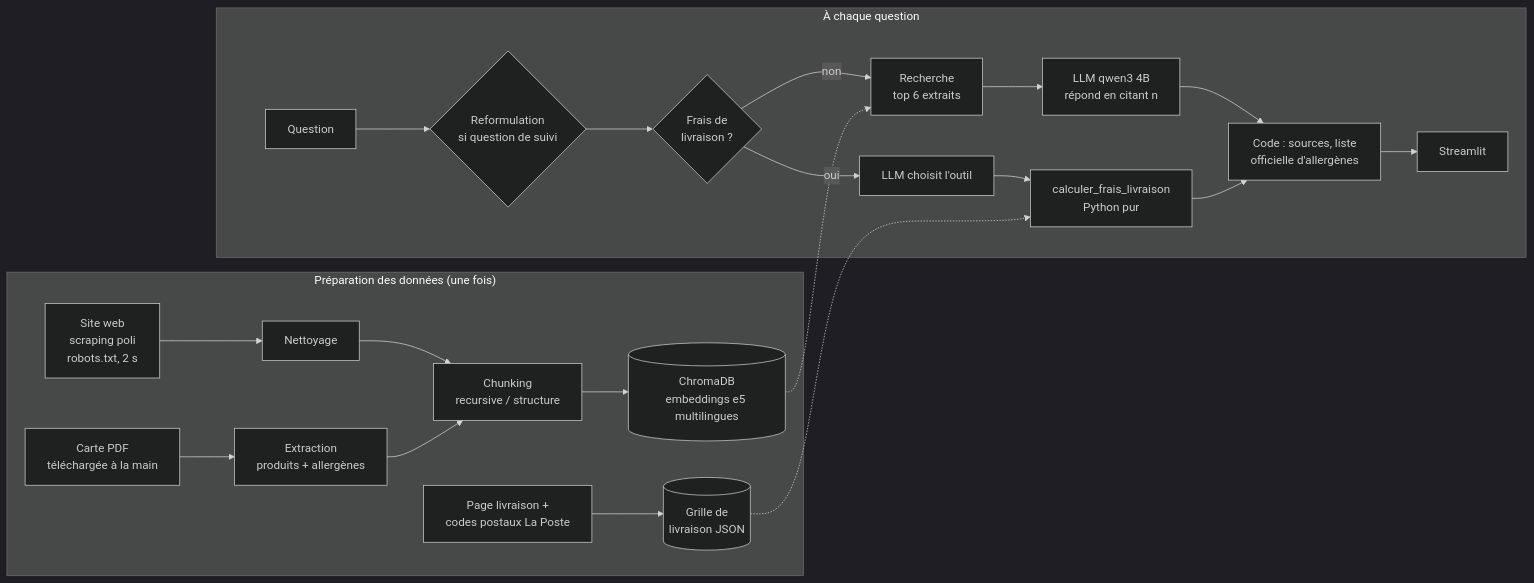
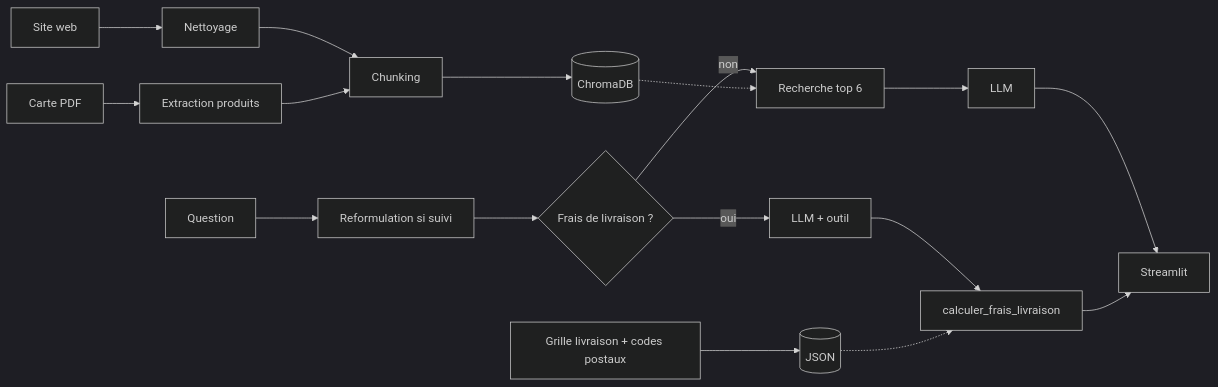
Before and after one commit to Riadh-Ouazib/chatbot-rag-traiteur: the diagram in README.md, drawn with Mermaid (dark theme). The commit also changed other lines of this file and 27 other files, not shown here.

````diff
--- a/README.md
+++ b/README.md
@@ -30,24 +29,18 @@
 ```mermaid
 flowchart LR
-    subgraph Ingestion["Préparation des données (une fois)"]
-        A[Site web<br/>scraping poli<br/>robots.txt, 2 s] --> C[Nettoyage]
-        B[Carte PDF<br/>téléchargée à la main] --> D[Extraction<br/>produits + allergènes]
-        C --> E[Chunking<br/>recursive / structure]
-        D --> E
-        E --> F[(ChromaDB<br/>embeddings e5 multilingues)]
-        G[Page livraison +<br/>codes postaux La Poste] --> H[(Grille de<br/>livraison JSON)]
-    end
+    A[Site web] --> C[Nettoyage]
+    B[Carte PDF] --> D[Extraction produits]
+    C --> E[Chunking]
+    D --> E
+    E --> F[(ChromaDB)]
+    G[Grille livraison + codes postaux] --> H[(JSON)]
 
-    subgraph Question["À chaque question"]
-        Q[Question] --> R{Reformulation<br/>si question de suivi}
-        R --> S{Frais de<br/>livraison ?}
-        S -- non --> T[Recherche<br/>top 6 extraits] --> U[LLM qwen3 4B<br/>répond en citant n]
-        S -- oui --> V[LLM choisit l'outil] --> W[calculer_frais_livraison<br/>Python pur]
-        U --> X[Code : sources, liste<br/>officielle d'allergènes]
-        W --> X
-        X --> Y[Streamlit]
-    end
-
+    Q[Question] --> R[Reformulation si suivi]
+    R --> S{Frais de livraison ?}
+    S -- non --> T[Recherche top 6] --> U[LLM]
+    S -- oui --> V[LLM + outil] --> W[calculer_frais_livraison]
     F -.-> T
     H -.-> W
+    U --> Y[Streamlit]
+    W --> Y
 ```
````
